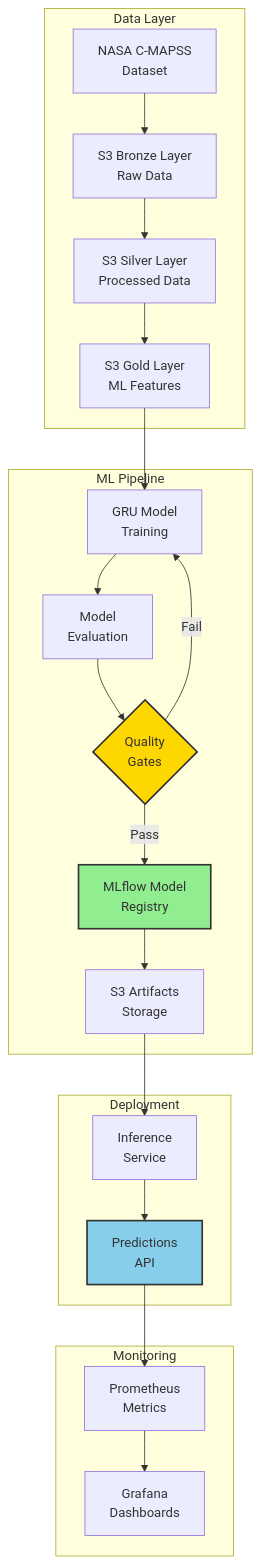
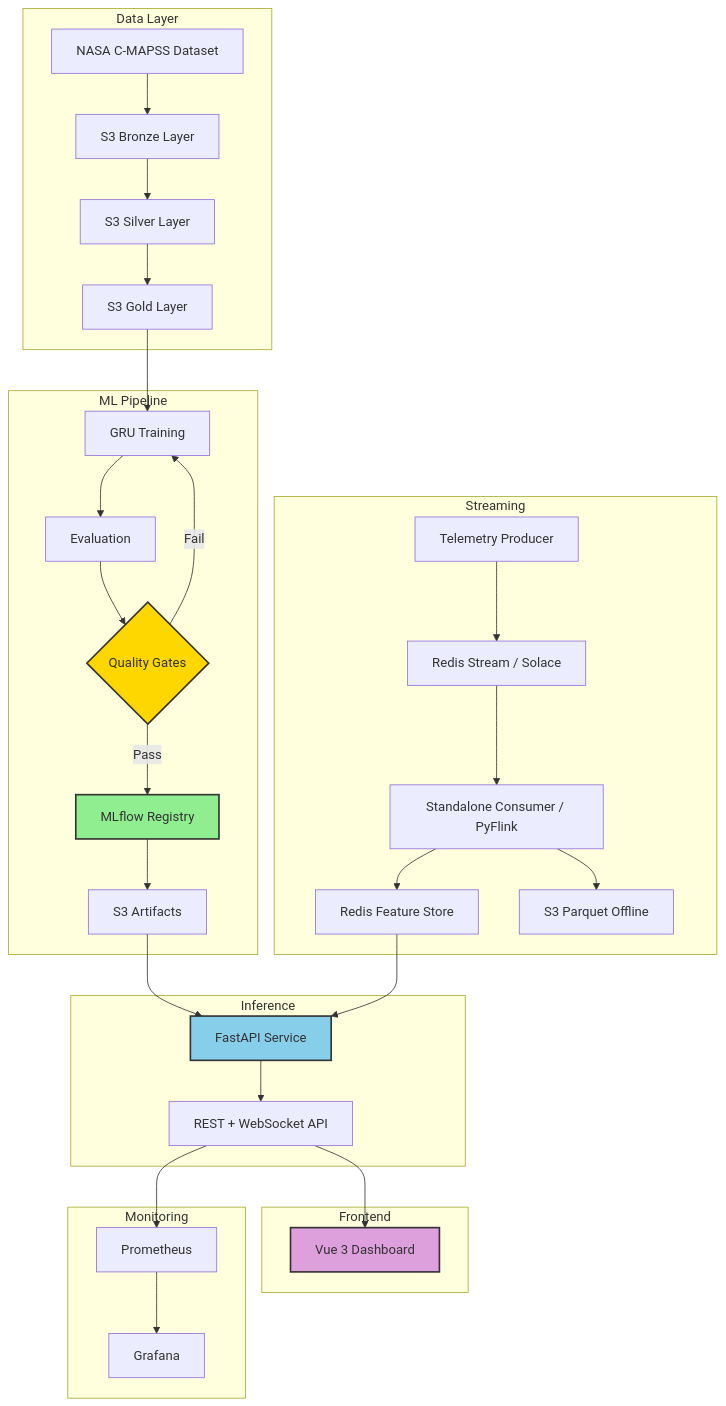
One commit to nasim-raj-laskar/Real-Time-Aircraft-Engine-Predictive-Maintenance-System changed the diagram in README.md. Above: the diagram before and after it, drawn with Mermaid. The commit also changed other lines of this file and 2 other files, not shown here.

````diff
--- a/README.md
+++ b/README.md
@@ -29,31 +31,44 @@
 ```mermaid
 flowchart TB
     subgraph Data Layer
-        A[NASA C-MAPSS<br/>Dataset] --> B[S3 Bronze Layer<br/>Raw Data]
-        B --> C[S3 Silver Layer<br/>Processed Data]
-        C --> D[S3 Gold Layer<br/>ML Features]
+        A[NASA C-MAPSS Dataset] --> B[S3 Bronze Layer]
+        B --> C[S3 Silver Layer]
+        C --> D[S3 Gold Layer]
     end
-    
+
     subgraph ML Pipeline
-        D --> E[GRU Model<br/>Training]
-        E --> F[Model<br/>Evaluation]
-        F --> G{Quality<br/>Gates}
-        G -->|Pass| H[MLflow Model<br/>Registry]
+        D --> E[GRU Training]
+        E --> F[Evaluation]
+        F --> G{Quality Gates}
+        G -->|Pass| H[MLflow Registry]
         G -->|Fail| E
-        H --> I[S3 Artifacts<br/>Storage]
+        H --> I[S3 Artifacts]
     end
-    
-    subgraph Deployment
-        I --> J[Inference<br/>Service]
-        J --> K[Predictions<br/>API]
+
+    subgraph Streaming
+        J[Telemetry Producer] --> K[Redis Stream / Solace]
+        K --> L[Standalone Consumer / PyFlink]
+        L --> M[Redis Feature Store]
+        L --> N[S3 Parquet Offline]
     end
-    
+
+    subgraph Inference
+        I --> O[FastAPI Service]
+        M --> O
+        O --> P[REST + WebSocket API]
+    end
+
+    subgraph Frontend
+        P --> Q[Vue 3 Dashboard]
+    end
+
     subgraph Monitoring
-        K --> L[Prometheus<br/>Metrics]
-        L --> M[Grafana<br/>Dashboards]
+        P --> R[Prometheus]
+        R --> S[Grafana]
     end
-    
+
     style G fill:#FFD700,stroke:#333,stroke-width:2px
     style H fill:#90EE90,stroke:#333,stroke-width:2px
-    style K fill:#87CEEB,stroke:#333,stroke-width:2px
+    style O fill:#87CEEB,stroke:#333,stroke-width:2px
+    style Q fill:#DDA0DD,stroke:#333,stroke-width:2px
 ```
````
